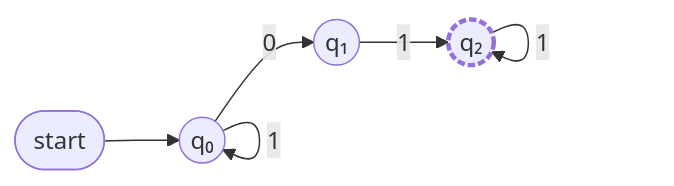
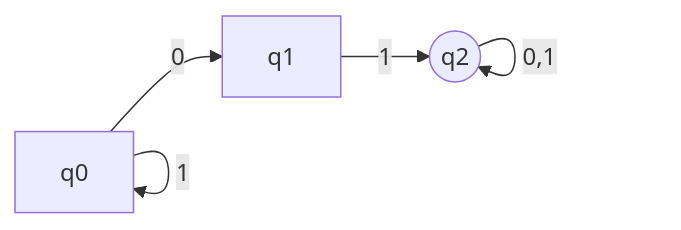
One commit to choisimo/document changed the third of 3 diagrams in content/docs/compiler/lexical/nfa.md. Above: the diagram before and after it, drawn with Mermaid. The commit also changed other lines of this file and 432 other files, not shown here.

````diff
--- a/content/docs/compiler/lexical/nfa.md
+++ b/content/docs/compiler/lexical/nfa.md
@@ -70,17 +92,8 @@
 ```mermaid
 flowchart LR
-    I([start]) --> q0
-    q0((q₀))
-    q1((q₁))
-    q2((q₂))
-    q2:::accept
-
-    q0 -- "0" --> q1
-    q0 -- "0" --> q0
-    q0 -- "1" --> q0
-    q1 -- "1" --> q2
-    q2 -- "0" --> q2
-    q2 -- "1" --> q2
-
-    classDef accept stroke-width:3,stroke-dasharray: 5 2;
+    q0[q0] -- 0 --> q0
+    q0 -- 0 --> q1[q1]
+    q0 -- 1 --> q0
+    q1 -- 1 --> q2((q2))
+    q2 -- "0,1" --> q2
 ```
````
